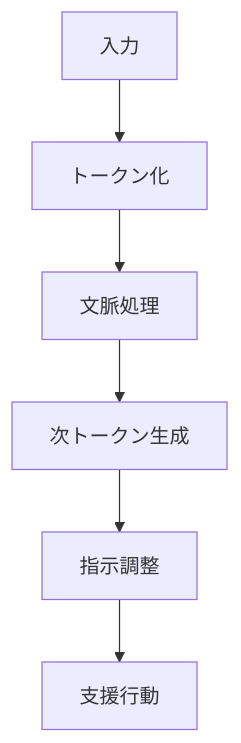
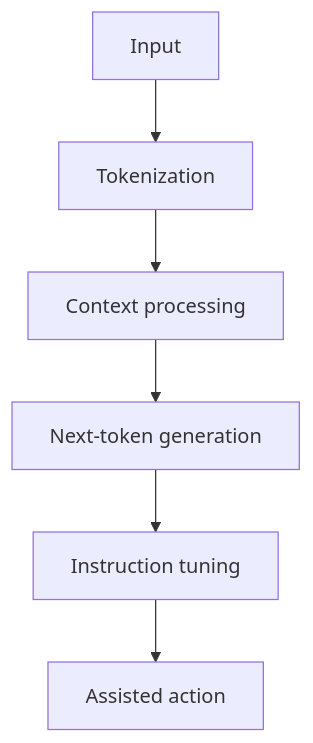
One commit to daylight55/research changed the third of 13 diagrams in content/blog/en/ai-llm-ontology-memory.mdx. Above: the diagram before and after it, drawn with Mermaid. The commit also changed other lines of this file and 26 other files, not shown here.

Commit message:
Translate English Mermaid labels

````diff
--- a/content/blog/en/ai-llm-ontology-memory.mdx
+++ b/content/blog/en/ai-llm-ontology-memory.mdx
@@ -99,8 +99,8 @@
 ```mermaid
 flowchart TD
-  T["入力"] --> Tok["トークン化"]
-  Tok --> Attn["文脈処理"]
-  Attn --> Out["次トークン生成"]
-  Out --> Align["指示調整"]
-  Align --> Use["支援行動"]
+  T["Input"] --> Tok["Tokenization"]
+  Tok --> Attn["Context processing"]
+  Attn --> Out["Next-token generation"]
+  Out --> Align["Instruction tuning"]
+  Align --> Use["Assisted action"]
 ```
````
